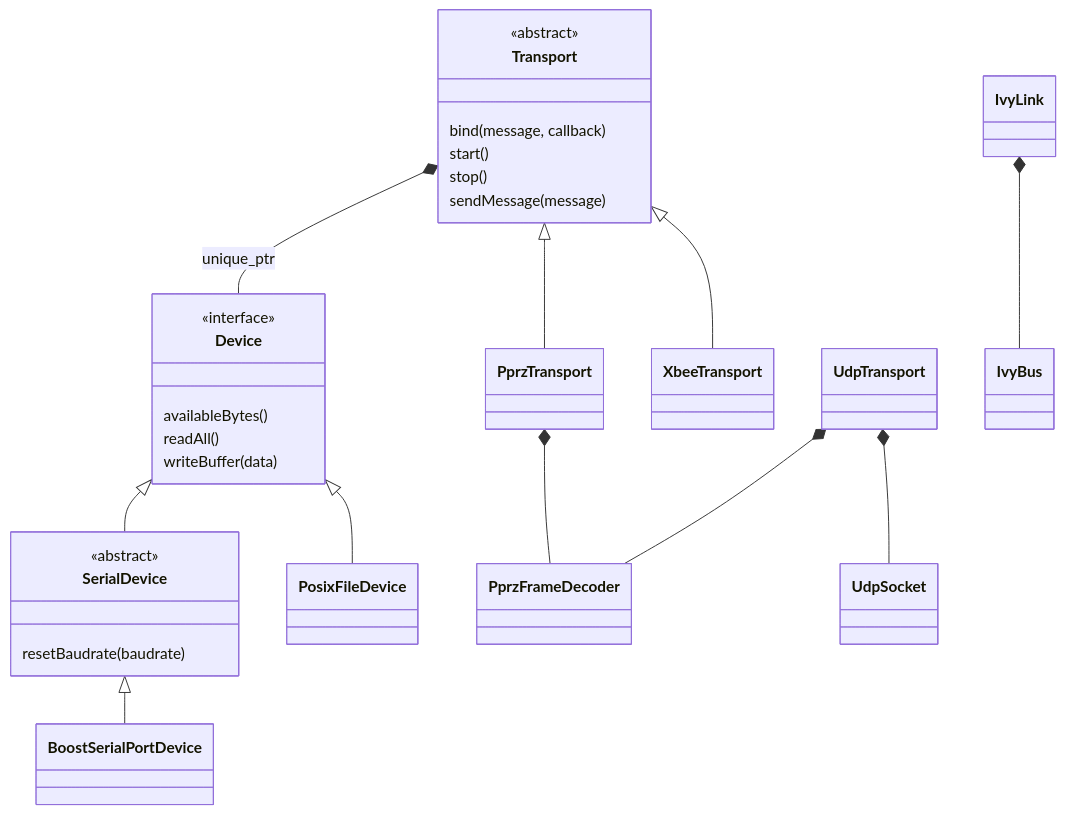
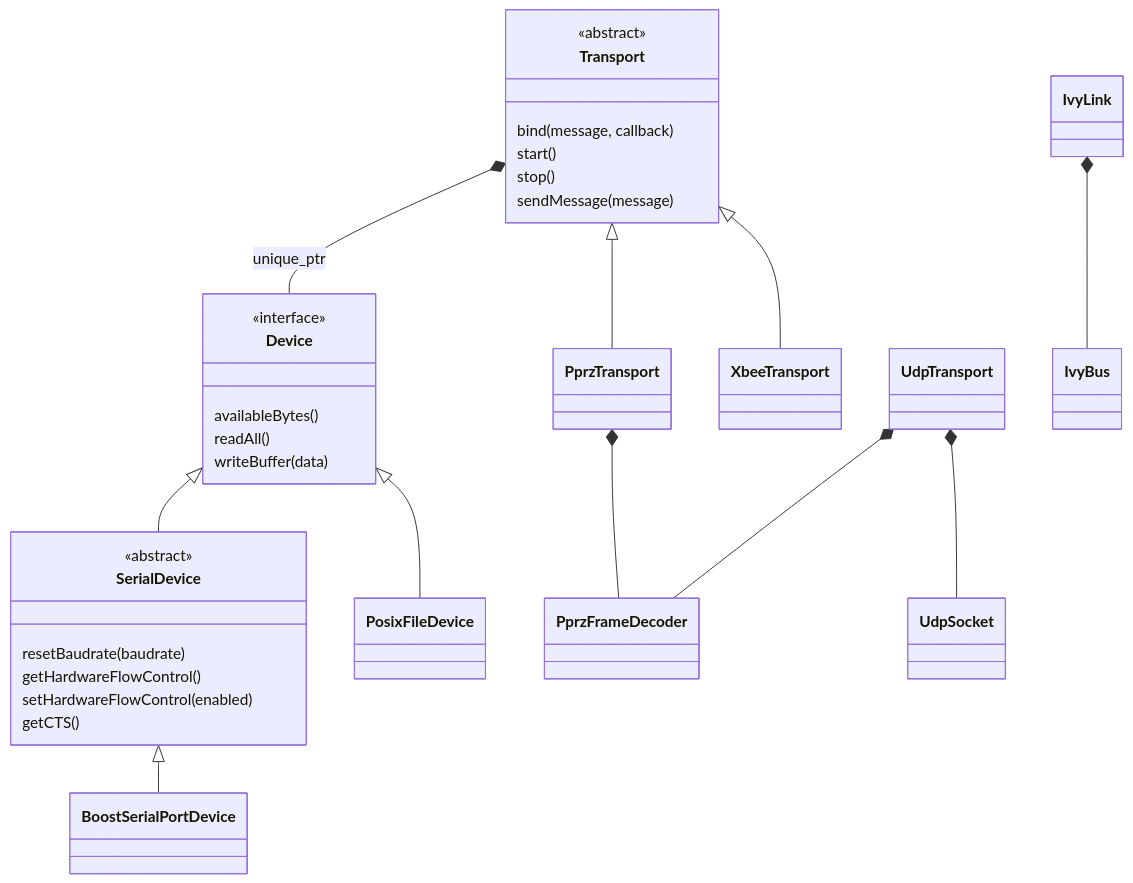
The second of 2 diagrams in lib/v2.0/C++/architecture.md (paparazzi/pprzlink), drawn with Mermaid before and after one commit. The commit also changed other lines of this file and 2 other files, not shown here.

Commit message:
Document XBee flow control, CTS, addressing and XML retry policies

````diff
--- a/lib/v2.0/C++/architecture.md
+++ b/lib/v2.0/C++/architecture.md
@@ -235,30 +236,33 @@
 ```mermaid
 classDiagram
     class Device {
         <<interface>>
         availableBytes()
         readAll()
         writeBuffer(data)
     }
     class SerialDevice {
         <<abstract>>
         resetBaudrate(baudrate)
+        getHardwareFlowControl()
+        setHardwareFlowControl(enabled)
+        getCTS()
     }
     class Transport {
         <<abstract>>
         bind(message, callback)
         start()
         stop()
         sendMessage(message)
     }
     Device <|-- SerialDevice
     SerialDevice <|-- BoostSerialPortDevice
     Device <|-- PosixFileDevice
     Transport <|-- PprzTransport
     Transport <|-- XbeeTransport
     Transport *-- Device : unique_ptr
     PprzTransport *-- PprzFrameDecoder
     UdpTransport *-- PprzFrameDecoder
     UdpTransport *-- UdpSocket
     IvyLink *-- IvyBus
 ```
````
